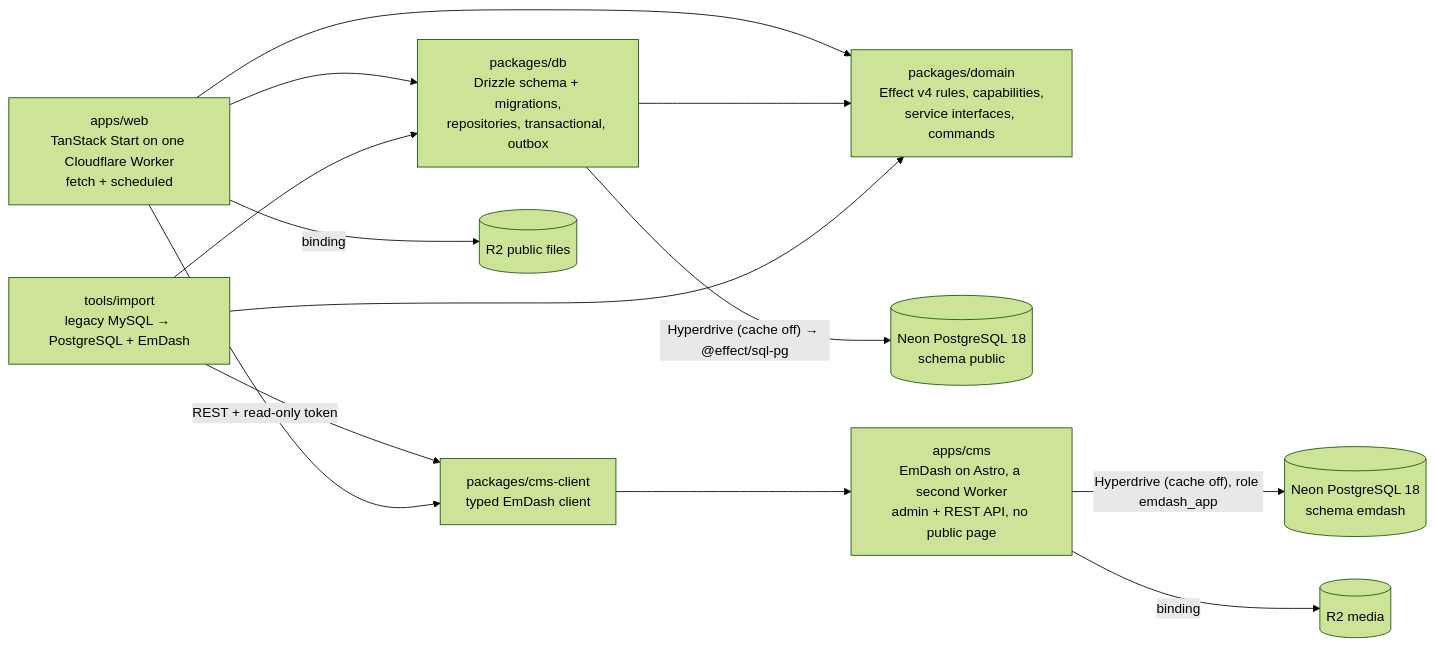
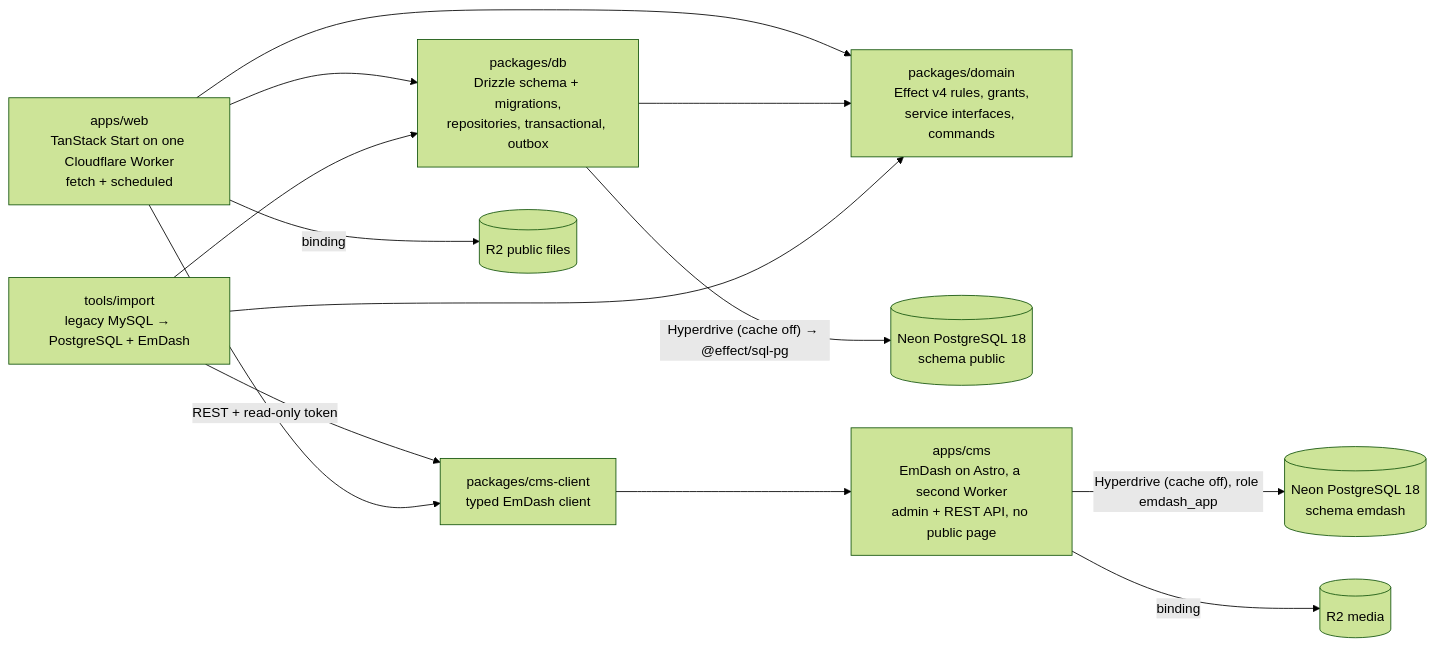
The diagram in AGENTS.md (phibkro/vektorprogrammet-reimagined), drawn with Mermaid (forest theme) before and after one commit. The commit also changed other lines of this file and 17 other files, not shown here.

````diff
--- a/AGENTS.md
+++ b/AGENTS.md
@@ -24,15 +24,15 @@
 ```mermaid
 flowchart LR
-  web["apps/web<br/>TanStack Start on one Cloudflare Worker<br/>fetch + scheduled"] --> domain["packages/domain<br/>Effect v4 rules, capabilities,<br/>service interfaces, commands"]
+  web["apps/web<br/>TanStack Start on one Cloudflare Worker<br/>fetch + scheduled"] --> domain["packages/domain<br/>Effect v4 rules, grants,<br/>service interfaces, commands"]
   web --> db["packages/db<br/>Drizzle schema + migrations,<br/>repositories, transactional, outbox"]
   db --> domain
   import["tools/import<br/>legacy MySQL → PostgreSQL + EmDash"] --> db
   import --> domain
   import --> cmsclient
   db -->|"Hyperdrive (cache off) → @effect/sql-pg"| pg[("Neon PostgreSQL 18<br/>schema public")]
   web -->|binding| r2[("R2 public files")]
   web -->|"REST + read-only token"| cmsclient["packages/cms-client<br/>typed EmDash client"]
   cmsclient --> cms["apps/cms<br/>EmDash on Astro, a second Worker<br/>admin + REST API, no public page"]
   cms -->|"Hyperdrive (cache off), role emdash_app"| pgcms[("Neon PostgreSQL 18<br/>schema emdash")]
   cms -->|binding| r2cms[("R2 media")]
 ```
````
